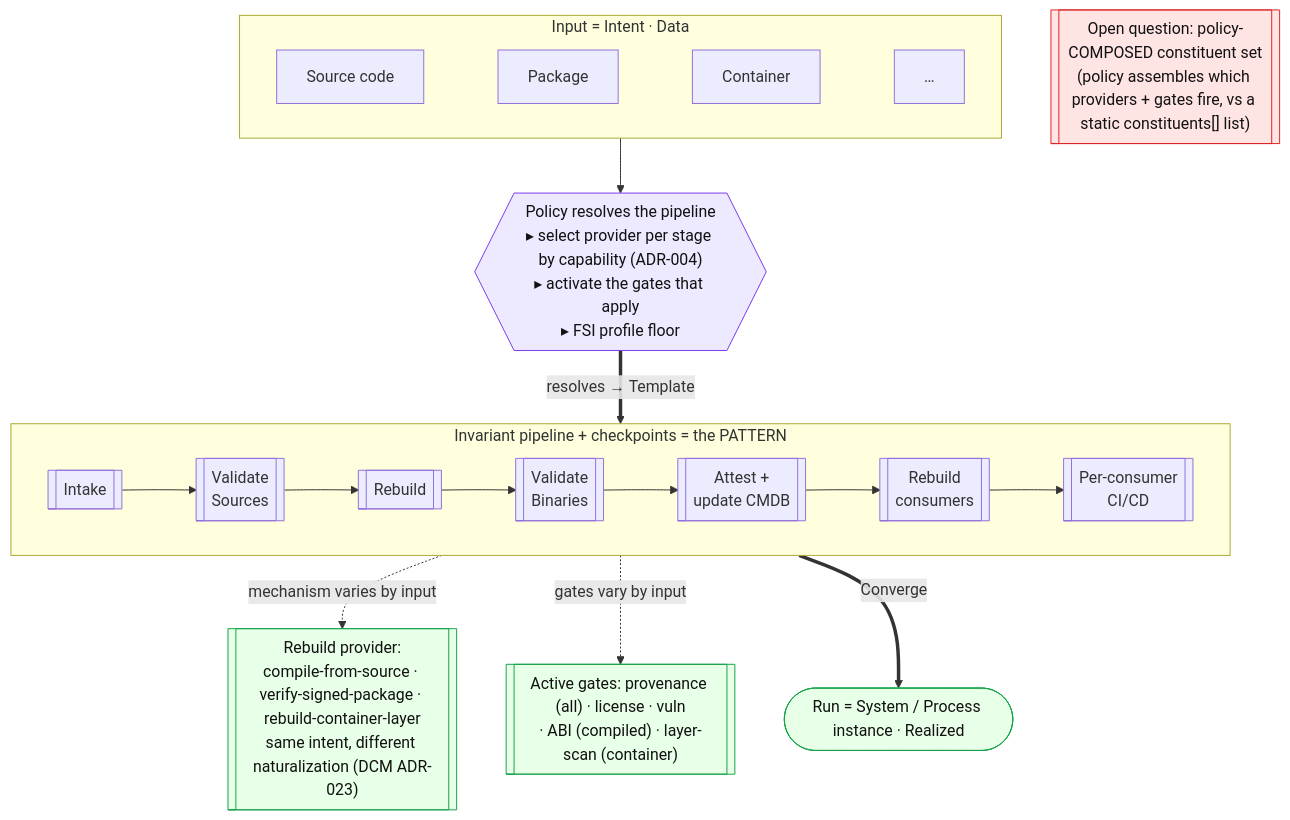
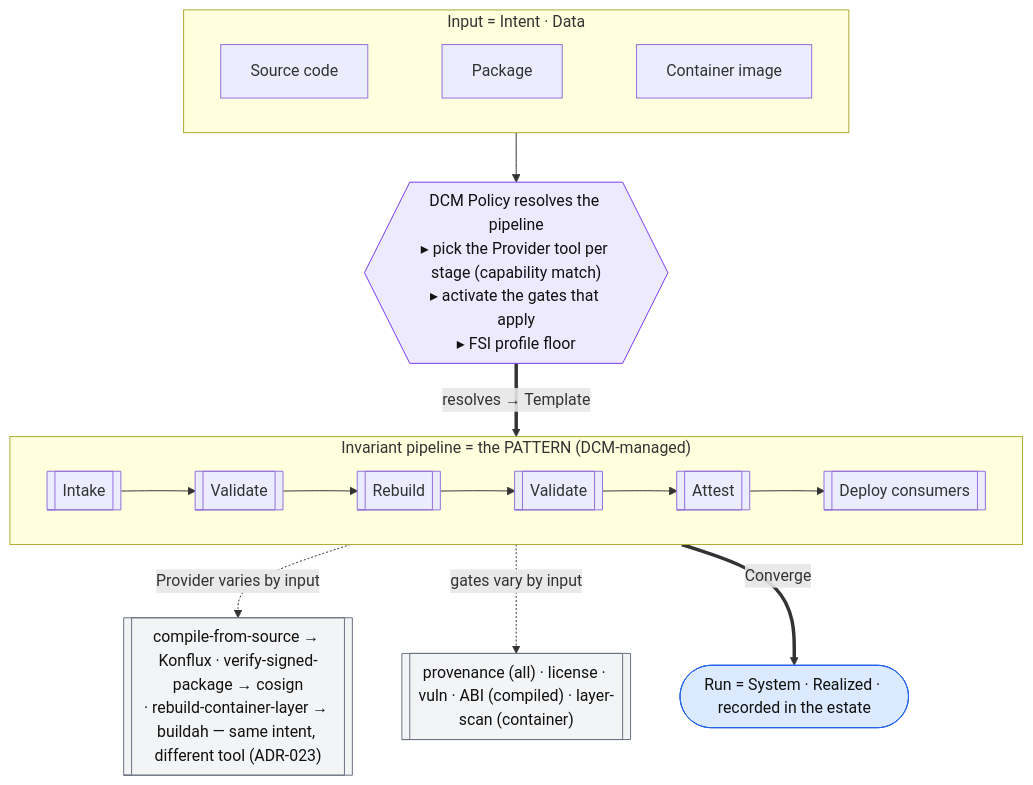
Before and after one commit to croadfeldt/udlm: the second of 3 diagrams in docs/flows/example-fsi-software-supply-chain.md, drawn with Mermaid. The commit also changed other lines of this file, not shown here.

First line of the commit message:
example flow: reframe as UDLM/DCM managing existing tools (not driving)

````diff
--- a/docs/flows/example-fsi-software-supply-chain.md
+++ b/docs/flows/example-fsi-software-supply-chain.md
@@ -105,28 +77,26 @@
 ```mermaid
 flowchart TD
     subgraph IN[Input = Intent · Data]
         direction LR
-        IN1[Source code] ~~~ IN2[Package] ~~~ IN3[Container] ~~~ IN4[…]
+        IN1[Source code] ~~~ IN2[Package] ~~~ IN3[Container image]
     end
 
-    POL{{"Policy resolves the pipeline<br/>▸ select provider per stage by capability (ADR-004)<br/>▸ activate the gates that apply<br/>▸ FSI profile floor"}}:::pol
+    POL{{"DCM Policy resolves the pipeline<br/>▸ pick the Provider tool per stage (capability match)<br/>▸ activate the gates that apply<br/>▸ FSI profile floor"}}:::pol
     IN --> POL
 
-    subgraph SPINE["Invariant pipeline + checkpoints = the PATTERN"]
+    subgraph SPINE["Invariant pipeline = the PATTERN (DCM-managed)"]
         direction LR
-        S1[[Intake]] --> S2[[Validate<br/>Sources]] --> S3[[Rebuild]] --> S4[[Validate<br/>Binaries]] --> S5[[Attest +<br/>update CMDB]] --> S6[[Rebuild<br/>consumers]] --> S7[[Per-consumer<br/>CI/CD]]
+        S1[[Intake]] --> S2[[Validate]] --> S3[[Rebuild]] --> S4[[Validate]] --> S5[[Attest]] --> S6[[Deploy consumers]]
     end
     POL ==>|"resolves → Template"| SPINE
 
-    S3 -. "mechanism varies by input" .-> RBP[["Rebuild provider:<br/>compile-from-source · verify-signed-package · rebuild-container-layer<br/>same intent, different naturalization (DCM ADR-023)"]]:::fit
-    S2 -. "gates vary by input" .-> VSG[["Active gates: provenance (all) · license · vuln<br/>· ABI (compiled) · layer-scan (container)"]]:::fit
+    S3 -. "Provider varies by input" .-> RBP[["compile-from-source → Konflux · verify-signed-package → cosign<br/>· rebuild-container-layer → buildah — same intent, different tool (ADR-023)"]]:::tool
+    S2 -. "gates vary by input" .-> VSG[["provenance (all) · license · vuln · ABI (compiled) · layer-scan (container)"]]:::tool
 
-    RUN([Run = System / Process instance · Realized]):::fit
+    RUN([Run = System · Realized · recorded in the estate]):::mgmt
     SPINE ==>|Converge| RUN
 
-    GAP[["Open question: policy-COMPOSED constituent set<br/>(policy assembles which providers + gates fire, vs a static constituents[] list)"]]:::gap
-
     classDef pol fill:#ede9fe,stroke:#7c3aed,color:#111
-    classDef fit fill:#e8ffe8,stroke:#16a34a,color:#111
-    classDef gap fill:#ffe4e4,stroke:#dc2626,color:#111
+    classDef tool fill:#f3f4f6,stroke:#6b7280,color:#111
+    classDef mgmt fill:#dbeafe,stroke:#2563eb,color:#111
 ```
````
